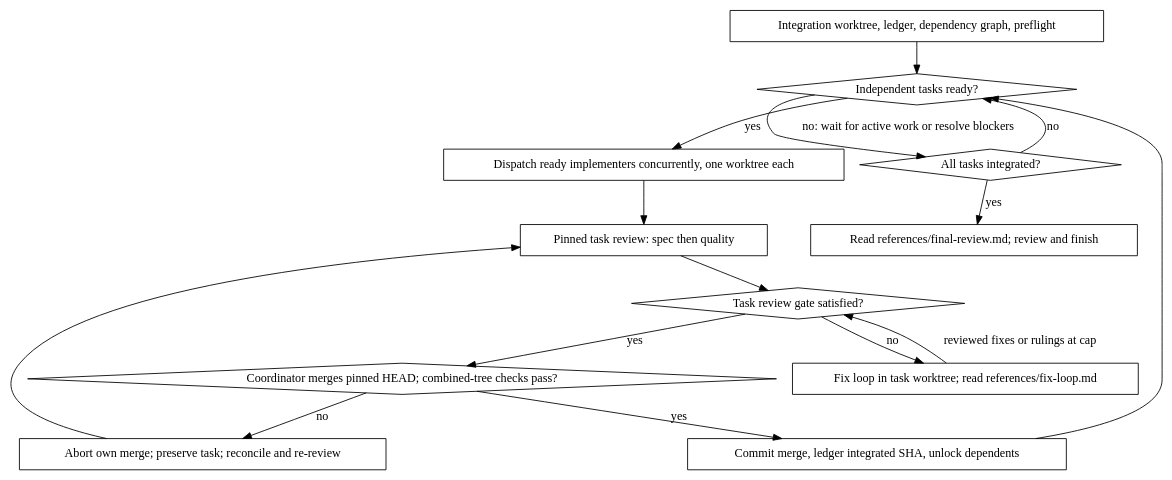
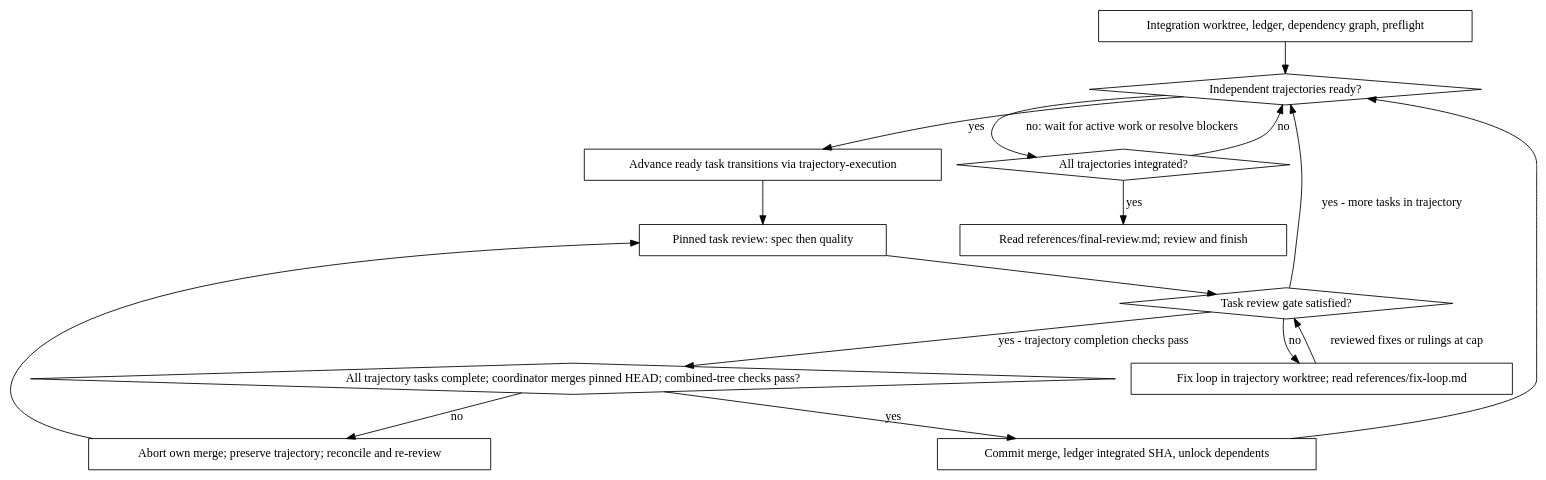
One commit to obra/superpowers changed the second of 2 diagrams in skills/subagent-driven-development/SKILL.md. Above: the diagram before and after it, drawn with Graphviz. The commit also changed other lines of this file and 13 other files, not shown here.

First line of the commit message:
feat: coordinate multi-task trajectories through SDD

````diff
--- a/skills/subagent-driven-development/SKILL.md
+++ b/skills/subagent-driven-development/SKILL.md
@@ -72,30 +74,31 @@
 ```dot
 digraph process {
     rankdir=TB;
     setup [label="Integration worktree, ledger, dependency graph, preflight", shape=box];
-    ready [label="Independent tasks ready?", shape=diamond];
-    launch [label="Dispatch ready implementers concurrently, one worktree each", shape=box];
+    ready [label="Independent trajectories ready?", shape=diamond];
+    launch [label="Advance ready task transitions via trajectory-execution", shape=box];
     review [label="Pinned task review: spec then quality", shape=box];
     gate [label="Task review gate satisfied?", shape=diamond];
-    fix [label="Fix loop in task worktree; read references/fix-loop.md", shape=box];
-    merge [label="Coordinator merges pinned HEAD; combined-tree checks pass?", shape=diamond];
-    recover [label="Abort own merge; preserve task; reconcile and re-review", shape=box];
+    fix [label="Fix loop in trajectory worktree; read references/fix-loop.md", shape=box];
+    merge [label="All trajectory tasks complete; coordinator merges pinned HEAD; combined-tree checks pass?", shape=diamond];
+    recover [label="Abort own merge; preserve trajectory; reconcile and re-review", shape=box];
     complete [label="Commit merge, ledger integrated SHA, unlock dependents", shape=box];
-    pending [label="All tasks integrated?", shape=diamond];
+    pending [label="All trajectories integrated?", shape=diamond];
     final [label="Read references/final-review.md; review and finish", shape=box];
     setup -> ready;
     ready -> launch [label="yes"];
     ready -> pending [label="no: wait for active work or resolve blockers"];
     launch -> review;
     review -> gate;
     gate -> fix [label="no"];
     fix -> gate [label="reviewed fixes or rulings at cap"];
-    gate -> merge [label="yes"];
+    gate -> ready [label="yes - more tasks in trajectory"];
+    gate -> merge [label="yes - trajectory completion checks pass"];
     merge -> recover [label="no"];
     recover -> review;
     merge -> complete [label="yes"];
     complete -> ready;
     pending -> ready [label="no"];
     pending -> final [label="yes"];
 }
 ```
````
